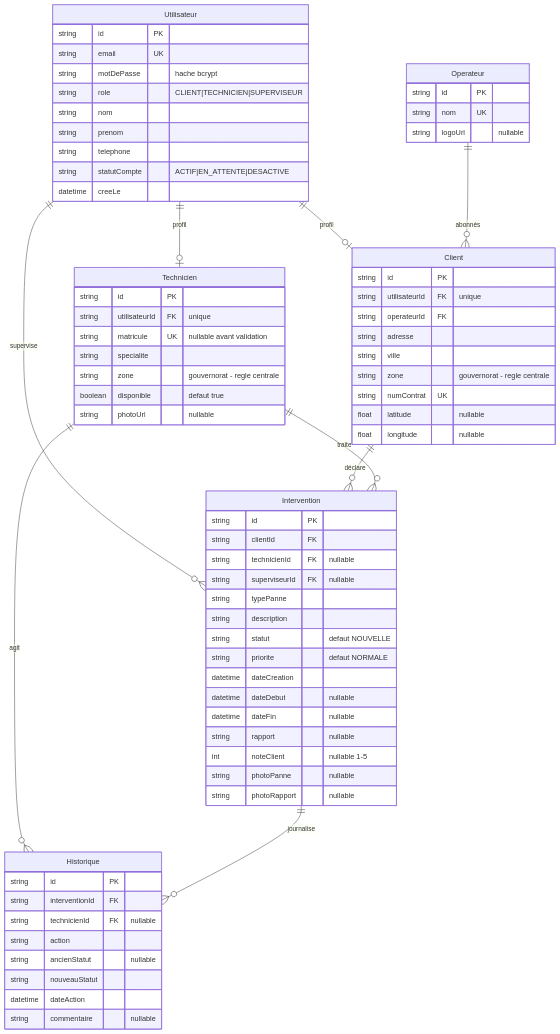
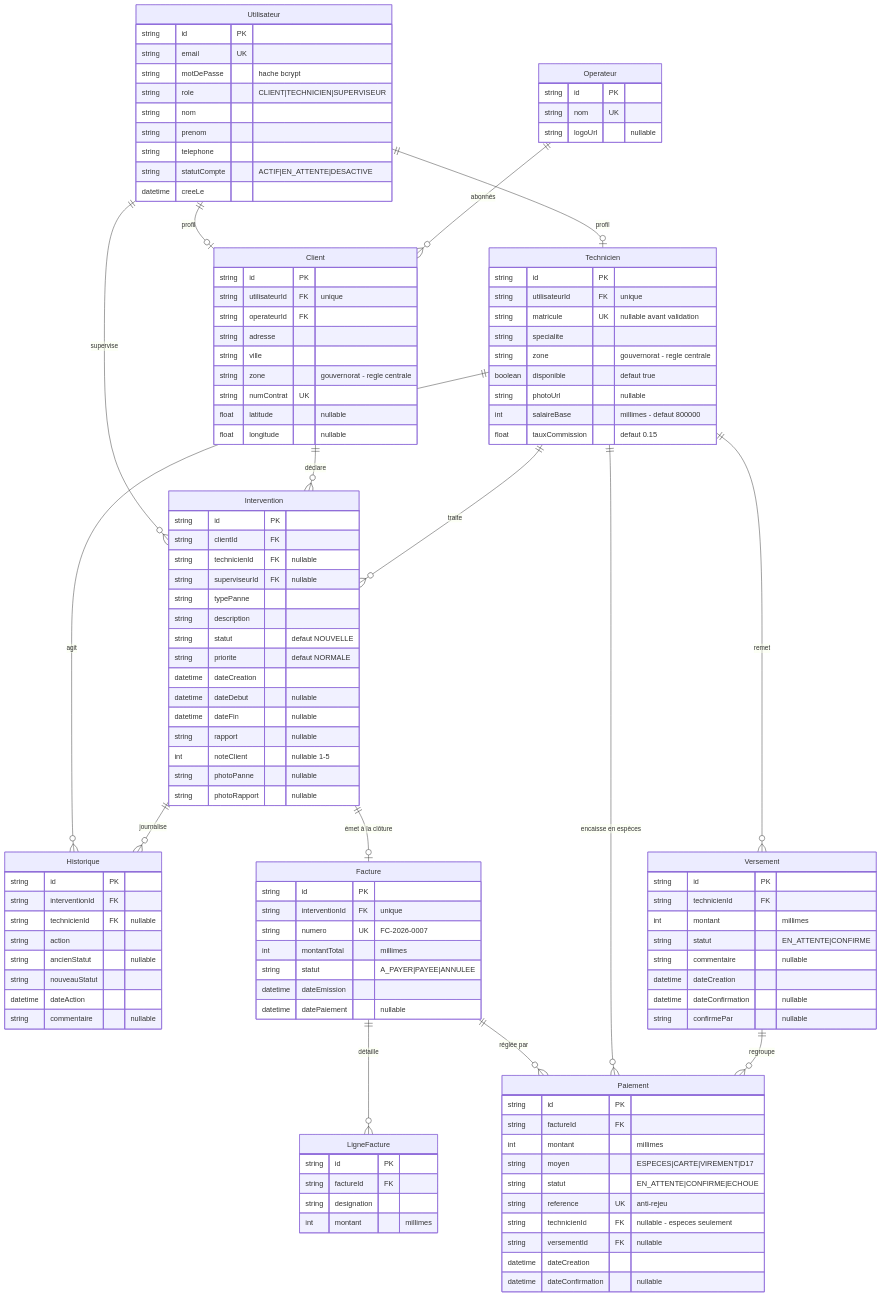
Before and after one commit to amer-oun/fibreconnect: the diagram in README.md, drawn with Mermaid. The commit also changed other lines of this file and 31 other files, not shown here.

First line of the commit message:
Circuit de paiement complet : facture, encaissement, remises et paie

````diff
--- a/README.md
+++ b/README.md
@@ -111,6 +118,12 @@
     Technicien  ||--o{ Intervention : "traite"
     Technicien  ||--o{ Historique : "agit"
     Intervention ||--o{ Historique : "journalise"
+    Intervention ||--o| Facture : "émet à la clôture"
+    Facture     ||--o{ LigneFacture : "détaille"
+    Facture     ||--o{ Paiement : "réglée par"
+    Technicien  ||--o{ Paiement : "encaisse en espèces"
+    Technicien  ||--o{ Versement : "remet"
+    Versement   ||--o{ Paiement : "regroupe"
 
     Utilisateur {
         string   id PK
@@ -150,6 +163,8 @@
         string  zone "gouvernorat - regle centrale"
         boolean disponible "defaut true"
         string  photoUrl "nullable"
+        int     salaireBase "millimes - defaut 800000"
+        float   tauxCommission "defaut 0.15"
     }
 
     Intervention {
@@ -180,4 +195,45 @@
         datetime dateAction
         string   commentaire "nullable"
     }
+
+    Facture {
+        string   id PK
+        string   interventionId FK "unique"
+        string   numero UK "FC-2026-0007"
+        int      montantTotal "millimes"
+        string   statut "A_PAYER|PAYEE|ANNULEE"
+        datetime dateEmission
+        datetime datePaiement "nullable"
+    }
+
+    LigneFacture {
+        string id PK
+        string factureId FK
+        string designation
+        int    montant "millimes"
+    }
+
+    Paiement {
+        string   id PK
+        string   factureId FK
+        int      montant "millimes"
+        string   moyen "ESPECES|CARTE|VIREMENT|D17"
+        string   statut "EN_ATTENTE|CONFIRME|ECHOUE"
+        string   reference UK "anti-rejeu"
+        string   technicienId FK "nullable - especes seulement"
+        string   versementId FK "nullable"
+        datetime dateCreation
+        datetime dateConfirmation "nullable"
+    }
+
+    Versement {
+        string   id PK
+        string   technicienId FK
+        int      montant "millimes"
+        string   statut "EN_ATTENTE|CONFIRME"
+        string   commentaire "nullable"
+        datetime dateCreation
+        datetime dateConfirmation "nullable"
+        string   confirmePar "nullable"
+    }
 ```
````
